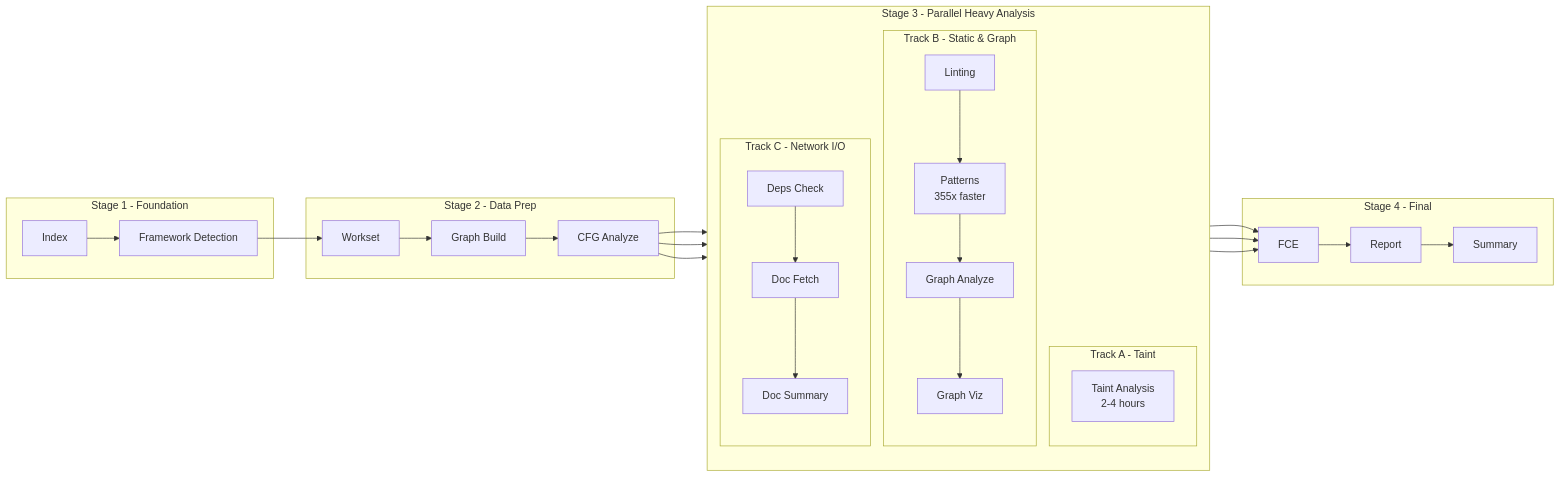
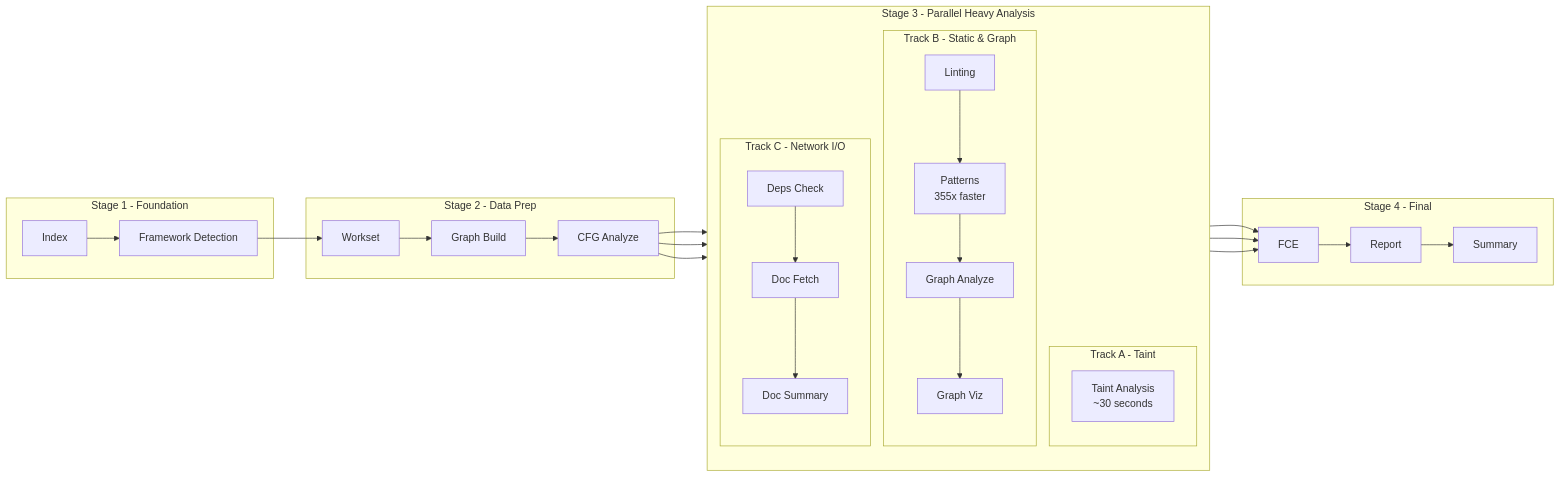
One commit to TheAuditorTool/Auditor changed the second of 6 diagrams in ARCHITECTURE.md. Above: the diagram before and after it, drawn with Mermaid. The commit also changed other lines of this file and 3 other files, not shown here.

````diff
--- a/ARCHITECTURE.md
+++ b/ARCHITECTURE.md
@@ -216,45 +216,45 @@
 ```mermaid
 graph LR
     subgraph "Stage 1 - Foundation"
         S1[Index] --> S2[Framework Detection]
     end
     
     subgraph "Stage 2 - Data Prep"
         D1[Workset] --> D2[Graph Build] --> D3[CFG Analyze]
     end
     
     subgraph "Stage 3 - Parallel Heavy Analysis"
         direction TB
         subgraph "Track A - Taint"
-            A1[Taint Analysis<br/>2-4 hours]
+            A1[Taint Analysis<br/>~30 seconds]
         end
         
         subgraph "Track B - Static & Graph"
             B1[Linting]
             B2[Patterns<br/>355x faster]
             B3[Graph Analyze]
             B4[Graph Viz]
             B1 --> B2 --> B3 --> B4
         end
         
         subgraph "Track C - Network I/O"
             C1[Deps Check]
             C2[Doc Fetch]
             C3[Doc Summary]
             C1 --> C2 --> C3
         end
     end
     
     subgraph "Stage 4 - Final"
         E1[FCE] --> E2[Report] --> E3[Summary]
     end
     
     S2 --> D1
     D3 --> A1
     D3 --> B1
     D3 --> C1
     
     A1 --> E1
     B4 --> E1
     C3 --> E1
 ```
````
